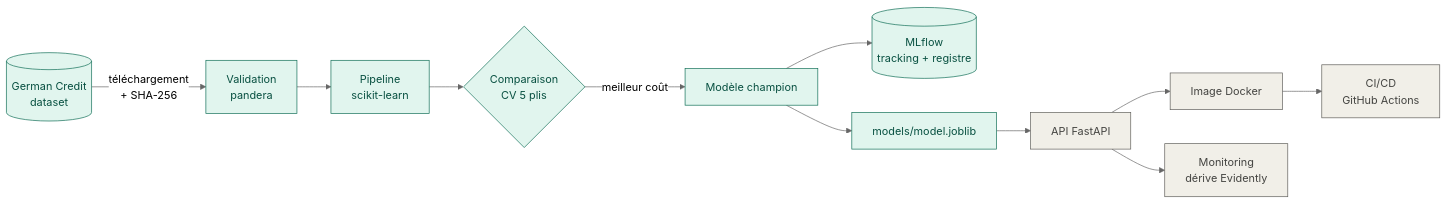
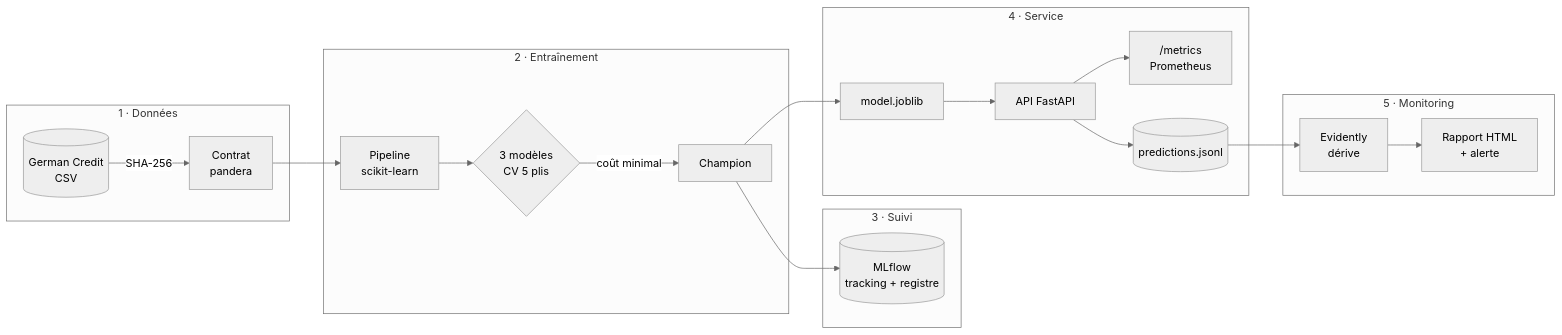
The first of 5 diagrams in README.md (Marshall006/mlops-credit-risk), drawn with Mermaid (neutral theme) before and after one commit. The commit also changed other lines of this file and 1 other file, not shown here.

````diff
--- a/README.md
+++ b/README.md
@@ -32,18 +60,24 @@
 ```mermaid
 flowchart LR
-    A[(German Credit<br/>dataset)] -->|téléchargement<br/>+ SHA-256| B[Validation<br/>pandera]
-    B --> C[Pipeline<br/>scikit-learn]
-    C --> D{Comparaison<br/>CV 5 plis}
-    D -->|meilleur coût| E[Modèle champion]
-    E --> F[(MLflow<br/>tracking + registre)]
-    E --> G[models/model.joblib]
-    G --> H[API FastAPI]
-    H --> I[Image Docker]
-    I --> J[CI/CD<br/>GitHub Actions]
-    H --> K[Monitoring<br/>dérive Evidently]
-
-    classDef done fill:#E1F5EE,stroke:#0F6E56,color:#085041
-    classDef todo fill:#F1EFE8,stroke:#5F5E5A,color:#444441
-    class A,B,C,D,E,F,G done
-    class H,I,J,K todo
+    subgraph DATA["1 · Données"]
+        A[(German Credit<br/>CSV)] -->|SHA-256| B[Contrat<br/>pandera]
+    end
+    subgraph ML["2 · Entraînement"]
+        B --> C[Pipeline<br/>scikit-learn]
+        C --> D{3 modèles<br/>CV 5 plis}
+        D -->|coût minimal| E[Champion]
+    end
+    subgraph TRACK["3 · Suivi"]
+        E --> F[(MLflow<br/>tracking + registre)]
+    end
+    subgraph SERVE["4 · Service"]
+        E --> G[model.joblib]
+        G --> H[API FastAPI]
+        H --> I["/metrics<br/>Prometheus"]
+        H --> J[(predictions.jsonl)]
+    end
+    subgraph MON["5 · Monitoring"]
+        J --> K[Evidently<br/>dérive]
+        K --> L[Rapport HTML<br/>+ alerte]
+    end
 ```
````
